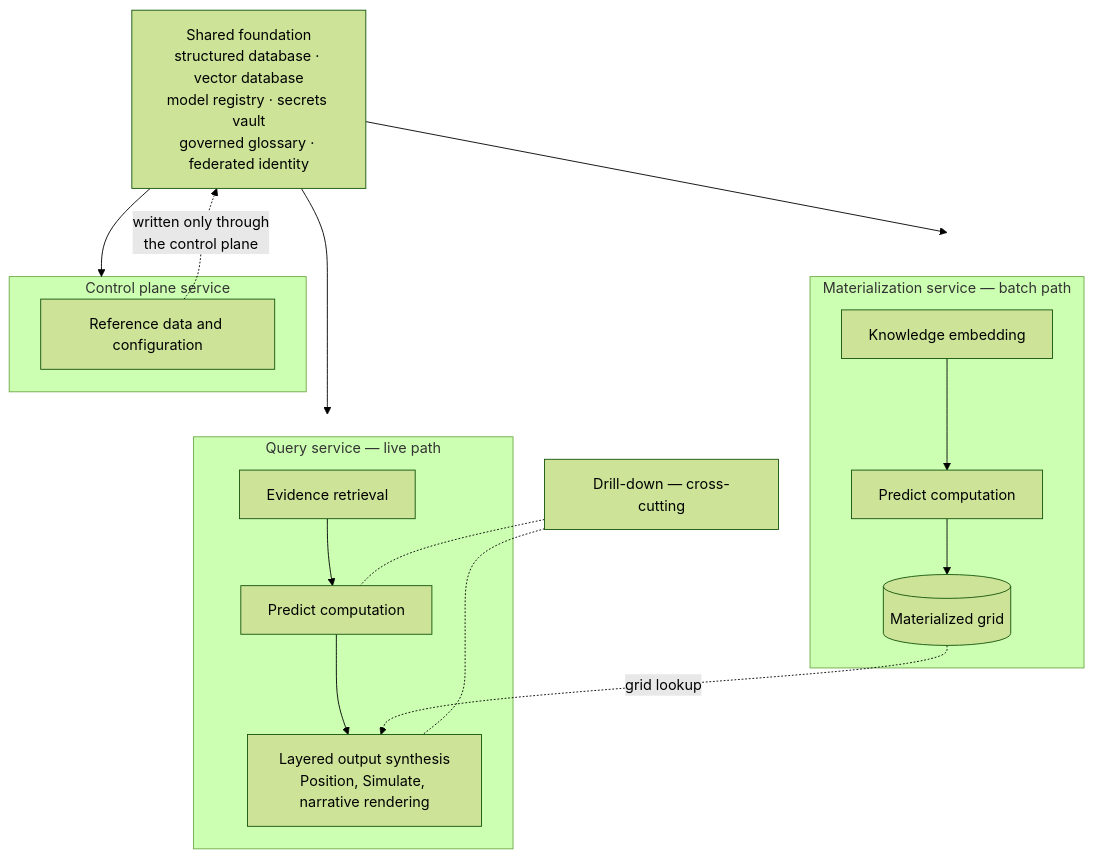
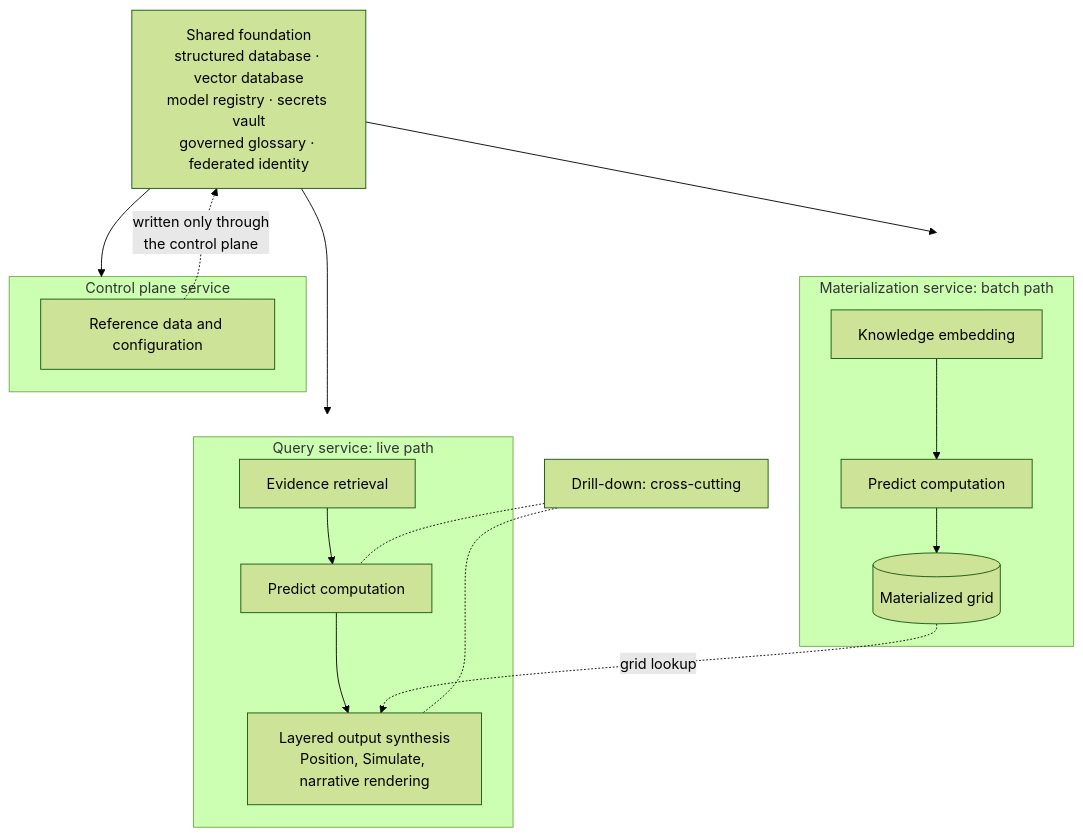
One commit to billy-atkins/price-horizon changed the first of 5 diagrams in specs/application/technical/architecture.md. Above: the diagram before and after it, drawn with Mermaid (forest theme). The commit also changed other lines of this file and 49 other files, not shown here.

````diff
--- a/specs/application/technical/architecture.md
+++ b/specs/application/technical/architecture.md
@@ -39,36 +39,36 @@
 ```mermaid
 ---
 config:
   layout: dagre
 ---
 flowchart TD
     FOUND["Shared foundation<br/>structured database · vector database<br/>model registry · secrets vault<br/>governed glossary · federated identity"]
 
-    subgraph Materialization["Materialization service — batch path"]
+    subgraph Materialization["Materialization service: batch path"]
         KE["Knowledge embedding"]
         PCN["Predict computation"]
         GRID[("Materialized grid")]
         KE --> PCN --> GRID
     end
 
-    subgraph QueryService["Query service — live path"]
+    subgraph QueryService["Query service: live path"]
         RET["Evidence retrieval"]
         PCL["Predict computation"]
         LOS["Layered output synthesis<br/>Position, Simulate, narrative rendering"]
         RET --> PCL --> LOS
     end
 
     subgraph ControlPlane["Control plane service"]
         CFG["Reference data and configuration"]
     end
 
-    DRILL["Drill-down — cross-cutting"]
+    DRILL["Drill-down: cross-cutting"]
 
     FOUND --> Materialization
     FOUND --> QueryService
     FOUND --> ControlPlane
     CFG -. "written only through<br/>the control plane" .-> FOUND
     GRID -. "grid lookup" .-> LOS
     DRILL -.- PCL
     DRILL -.- LOS
 ```
````
